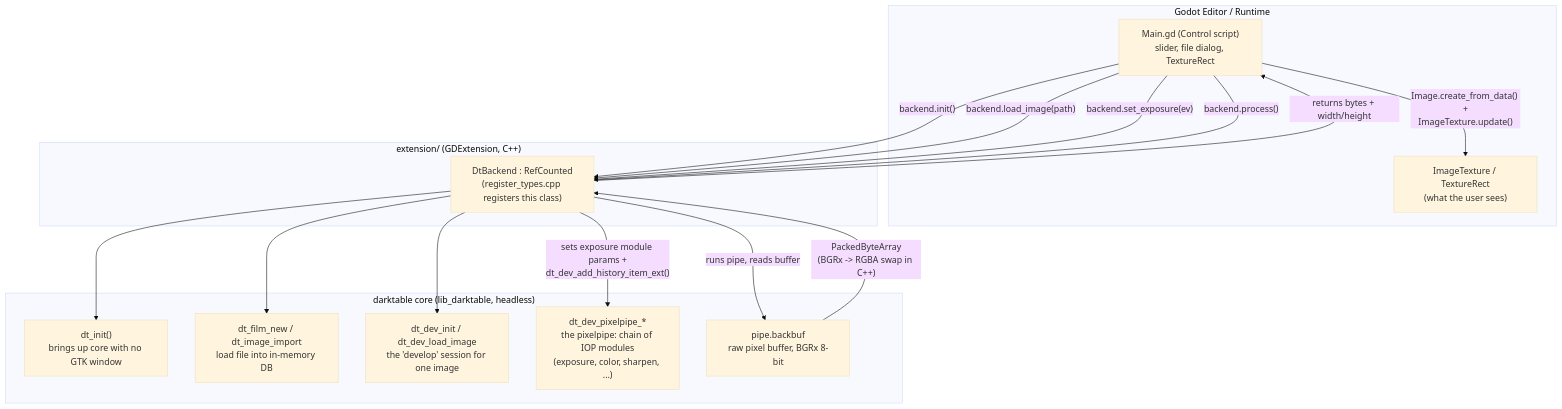
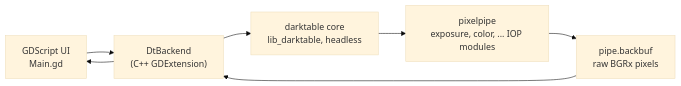
One commit to addy999/luxe changed the diagram in README.md. Above: the diagram before and after it, drawn with Mermaid (base theme). The commit also changed other lines of this file and 17 other files, not shown here.

````diff
--- a/README.md
+++ b/README.md
@@ -136,34 +175,9 @@
 ```mermaid
-flowchart TB
-    subgraph Godot["Godot Editor / Runtime"]
-        Main["Main.gd (Control script)<br/>slider, file dialog, TextureRect"]
-        Tex["ImageTexture / TextureRect<br/>(what the user sees)"]
-    end
-
-    subgraph Ext["extension/ (GDExtension, C++)"]
-        Backend["DtBackend : RefCounted<br/>(register_types.cpp registers this class)"]
-    end
-
-    subgraph DT["darktable core (lib_darktable, headless)"]
-        Init["dt_init()<br/>brings up core with no GTK window"]
-        Import["dt_film_new / dt_image_import<br/>load file into in-memory DB"]
-        Dev["dt_dev_init / dt_dev_load_image<br/>the 'develop' session for one image"]
-        Pipe["dt_dev_pixelpipe_*<br/>the pixelpipe: chain of IOP modules<br/>(exposure, color, sharpen, ...)"]
-        Backbuf["pipe.backbuf<br/>raw pixel buffer, BGRx 8-bit"]
-    end
-
-    Main -- "backend.init()" --> Backend
-    Main -- "backend.load_image(path)" --> Backend
-    Main -- "backend.set_exposure(ev)" --> Backend
-    Main -- "backend.process()" --> Backend
-
-    Backend --> Init
-    Backend --> Import
-    Backend --> Dev
-    Backend -- "sets exposure module params +<br/>dt_dev_add_history_item_ext()" --> Pipe
-    Backend -- "runs pipe, reads buffer" --> Backbuf
-
-    Backbuf -- "PackedByteArray<br/>(BGRx -> RGBA swap in C++)" --> Backend
-    Backend -- "returns bytes + width/height" --> Main
-    Main -- "Image.create_from_data() +<br/>ImageTexture.update()" --> Tex
+flowchart LR
+    UI["GDScript UI<br/>Main.gd"] --> BE["DtBackend<br/>(C++ GDExtension)"]
+    BE --> DT["darktable core<br/>lib_darktable, headless"]
+    DT --> PIPE["pixelpipe<br/>exposure, color, ... IOP modules"]
+    PIPE --> BUF["pipe.backbuf<br/>raw BGRx pixels"]
+    BUF --> BE
+    BE --> UI
 ```
````
